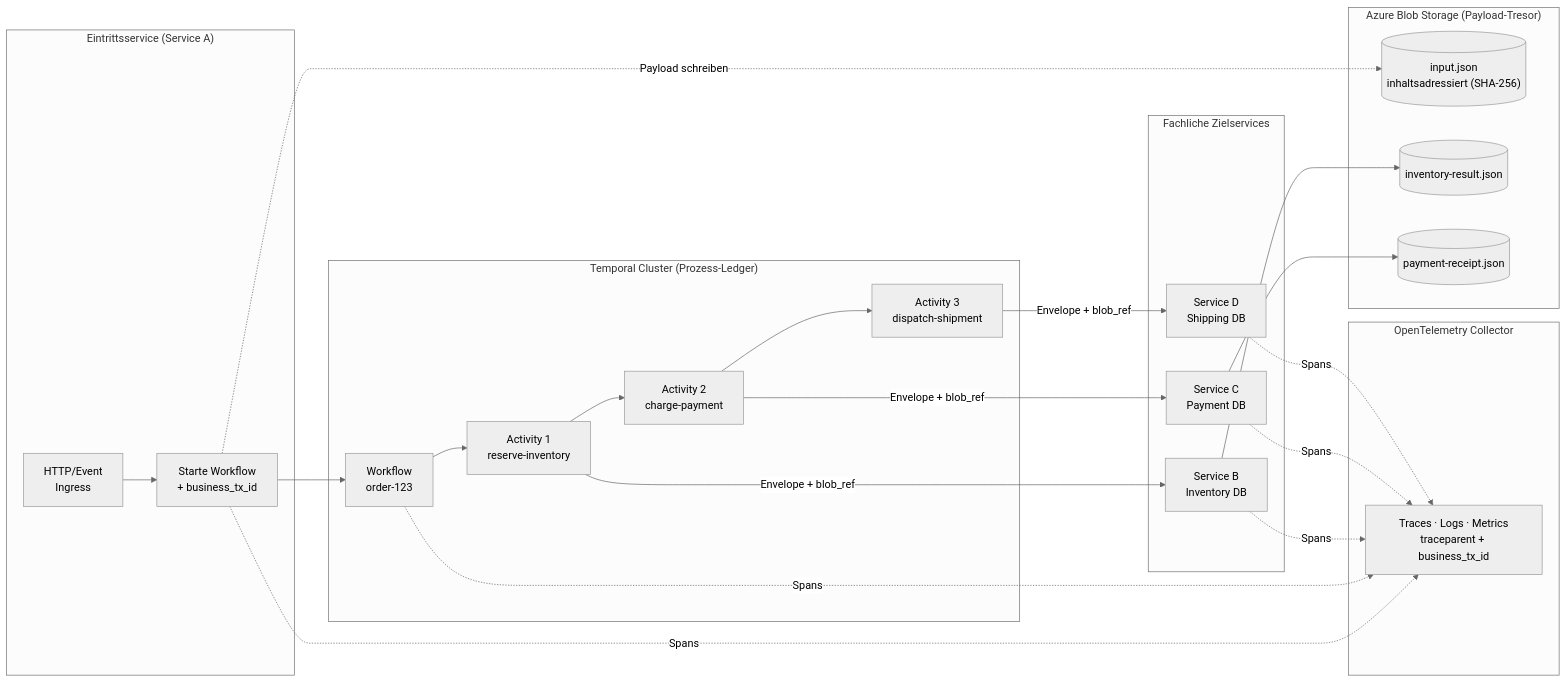
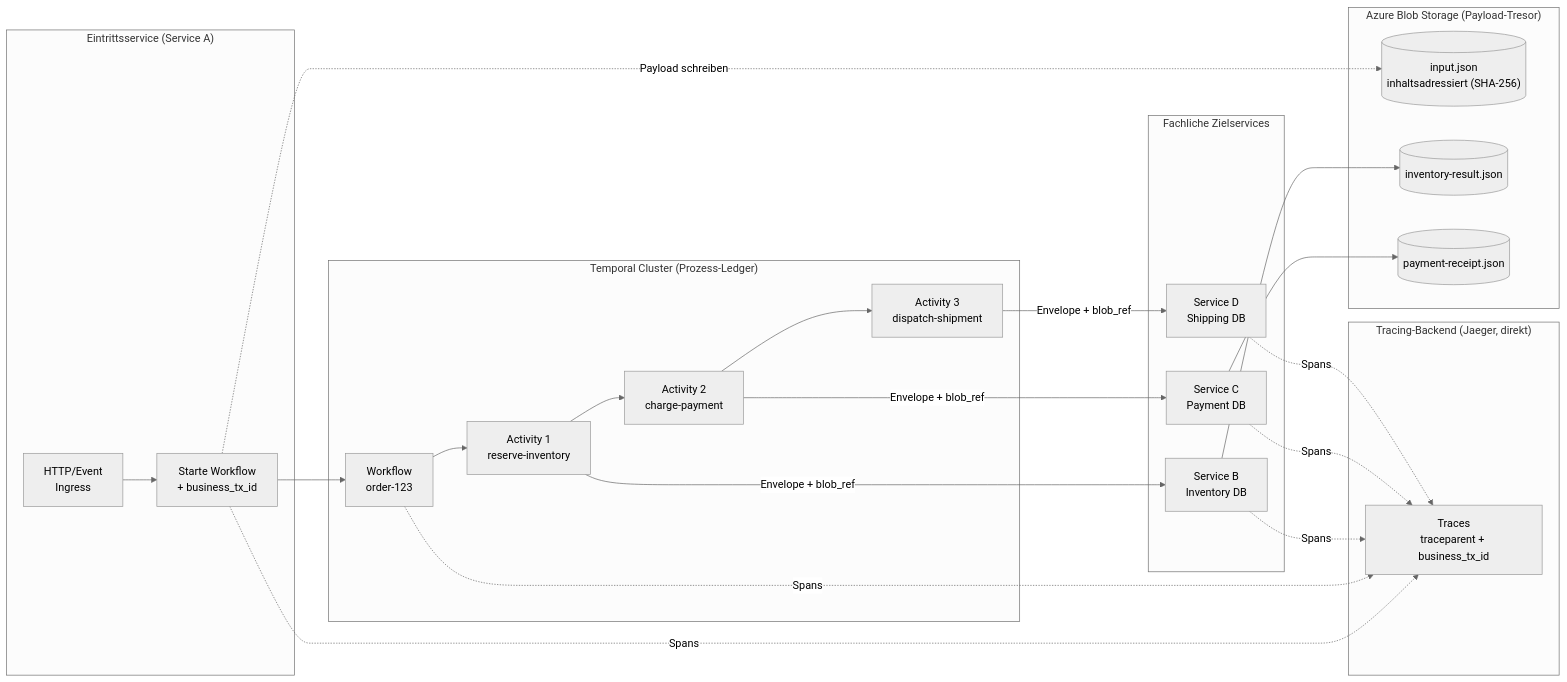
The first of 6 diagrams in sdd/research/research-temporal-azure-otel-orchestration.md (haalfi/integration-showcase), drawn with Mermaid (neutral theme) before and after one commit. The commit also changed other lines of this file and 2 other files, not shown here.

````diff
--- a/sdd/research/research-temporal-azure-otel-orchestration.md
+++ b/sdd/research/research-temporal-azure-otel-orchestration.md
@@ -28,43 +28,43 @@
 ```mermaid
 flowchart LR
     subgraph Edge["Eintrittsservice (Service A)"]
         A1["HTTP/Event<br/>Ingress"]
         A2["Starte Workflow<br/>+ business_tx_id"]
     end
 
     subgraph Temporal["Temporal Cluster (Prozess-Ledger)"]
         T1["Workflow<br/>order-123"]
         T2["Activity 1<br/>reserve-inventory"]
         T3["Activity 2<br/>charge-payment"]
         T4["Activity 3<br/>dispatch-shipment"]
         T1 --> T2 --> T3 --> T4
     end
 
     subgraph Blob["Azure Blob Storage (Payload-Tresor)"]
         B1[("input.json<br/>inhaltsadressiert (SHA-256)")]
         B2[("inventory-result.json")]
         B3[("payment-receipt.json")]
     end
 
     subgraph Services["Fachliche Zielservices"]
         SB["Service B<br/>Inventory DB"]
         SC["Service C<br/>Payment DB"]
         SD["Service D<br/>Shipping DB"]
     end
 
-    subgraph Obs["OpenTelemetry Collector"]
-        OT["Traces · Logs · Metrics<br/>traceparent + business_tx_id"]
+    subgraph Obs["Tracing-Backend (Jaeger, direkt)"]
+        OT["Traces<br/>traceparent + business_tx_id"]
     end
 
     A1 --> A2 --> T1
     A2 -. "Payload schreiben" .-> B1
     T2 -- Envelope + blob_ref --> SB --> B2
     T3 -- Envelope + blob_ref --> SC --> B3
     T4 -- Envelope + blob_ref --> SD
 
     A2 -. Spans .-> OT
     T1 -. Spans .-> OT
     SB -. Spans .-> OT
     SC -. Spans .-> OT
     SD -. Spans .-> OT
 ```
````
